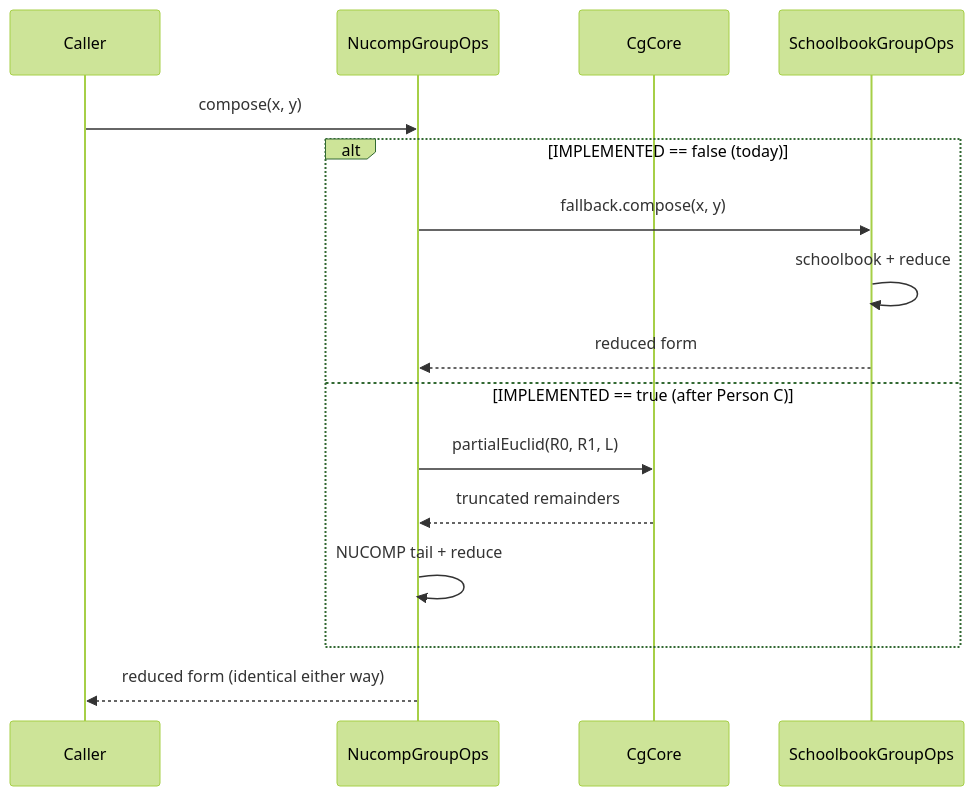
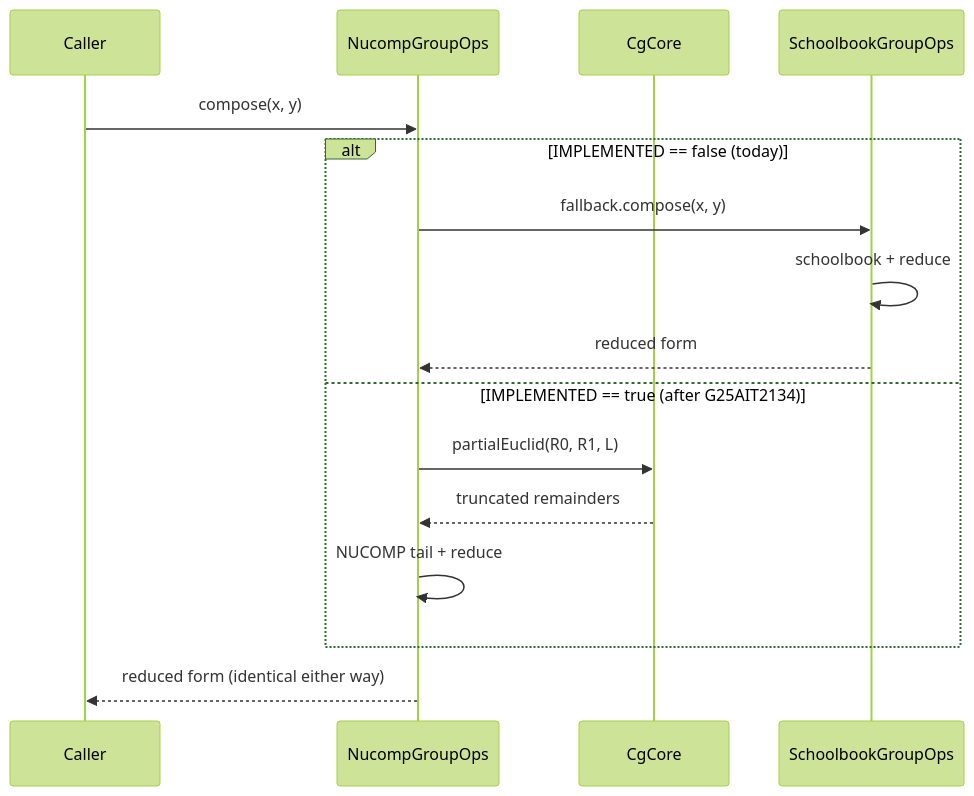
One commit to g25ait2134-tech/CS-Major-project changed diagram 18 of 19 in gap_1/Detailed_LLD.md. Above: the diagram before and after it, drawn with Mermaid (forest theme). The commit also changed other lines of this file, not shown here.

````diff
--- a/gap_1/Detailed_LLD.md
+++ b/gap_1/Detailed_LLD.md
@@ -599,18 +599,18 @@
 ```mermaid
 sequenceDiagram
     participant Caller
     participant O as NucompGroupOps
     participant C as CgCore
     participant B as SchoolbookGroupOps
     Caller->>O: compose(x, y)
     alt IMPLEMENTED == false (today)
         O->>B: fallback.compose(x, y)
         B->>B: schoolbook + reduce
         B-->>O: reduced form
-    else IMPLEMENTED == true (after Person C)
+    else IMPLEMENTED == true (after G25AIT2134)
         O->>C: partialEuclid(R0, R1, L)
         C-->>O: truncated remainders
         O->>O: NUCOMP tail + reduce
     end
     O-->>Caller: reduced form (identical either way)
 ```
````
